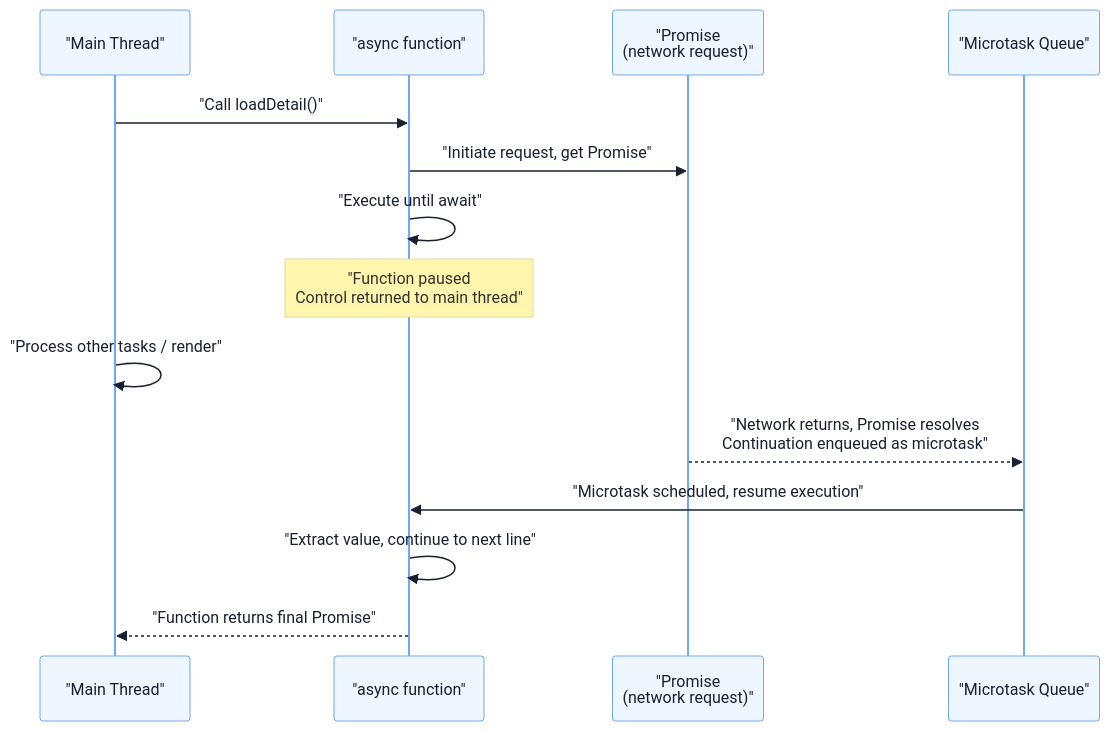
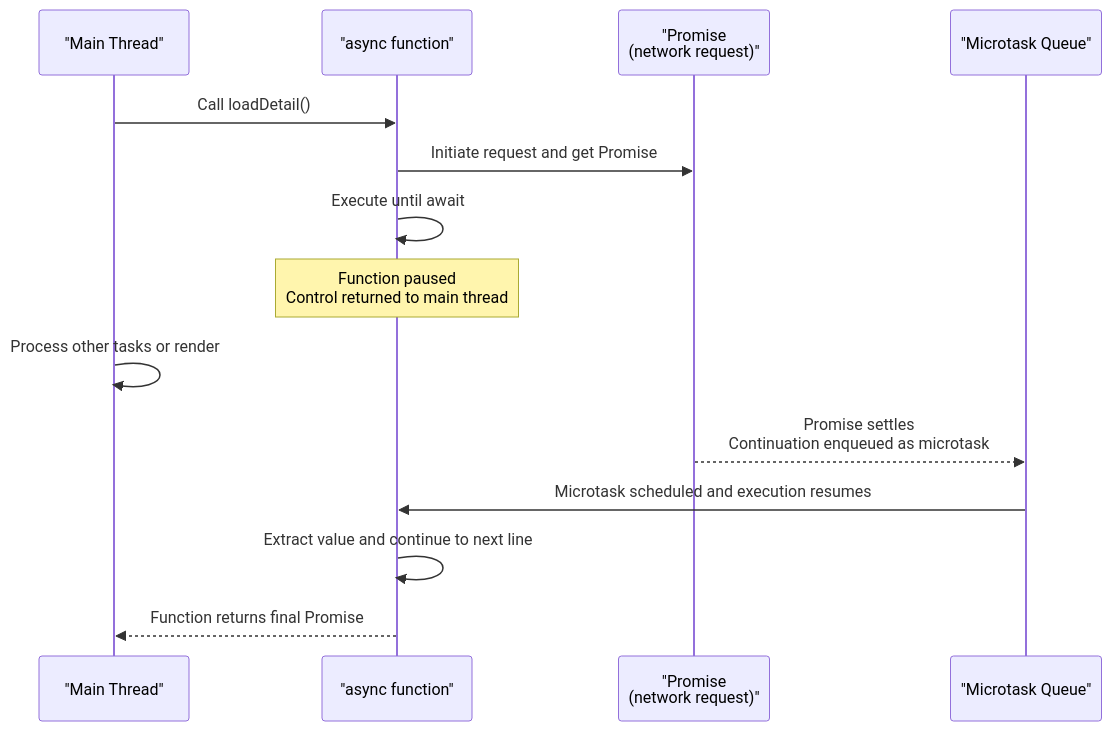
One commit to Fatejian/frontier-vault changed the third of 3 diagrams in docs/en/javascript/async-evolution.md. Above: the diagram before and after it, drawn with Mermaid. The commit also changed other lines of this file and 41 other files, not shown here.

````diff
--- a/docs/en/javascript/async-evolution.md
+++ b/docs/en/javascript/async-evolution.md
@@ -367,18 +344,17 @@
 ```mermaid
-%%{init: {'theme': 'base', 'themeVariables': { 'fontFamily': 'Inter, sans-serif', 'primaryColor': '#EEF6FF', 'primaryTextColor': '#172033', 'primaryBorderColor': '#6EA8FE', 'lineColor': '#8A94A6', 'secondaryColor': '#F7F9FC', 'tertiaryColor': '#FFF7E6', 'fontSize': '13px'}}}%%
 sequenceDiagram
     participant Main as "Main Thread"
     participant AF as "async function"
     participant P as "Promise<br/>(network request)"
     participant uQ as "Microtask Queue"
 
-    Main->>AF: "Call loadDetail()"
-    AF->>P: "Initiate request, get Promise"
-    AF->>AF: "Execute until await"
-    Note over AF: "Function paused<br/>Control returned to main thread"
-    Main->>Main: "Process other tasks / render"
-    P-->>uQ: "Network returns, Promise resolves<br/>Continuation enqueued as microtask"
-    uQ->>AF: "Microtask scheduled, resume execution"
-    AF->>AF: "Extract value, continue to next line"
-    AF-->>Main: "Function returns final Promise"
+    Main->>AF: Call loadDetail()
+    AF->>P: Initiate request and get Promise
+    AF->>AF: Execute until await
+    Note over AF: Function paused<br/>Control returned to main thread
+    Main->>Main: Process other tasks or render
+    P-->>uQ: Promise settles<br/>Continuation enqueued as microtask
+    uQ->>AF: Microtask scheduled and execution resumes
+    AF->>AF: Extract value and continue to next line
+    AF-->>Main: Function returns final Promise
 ```
````
